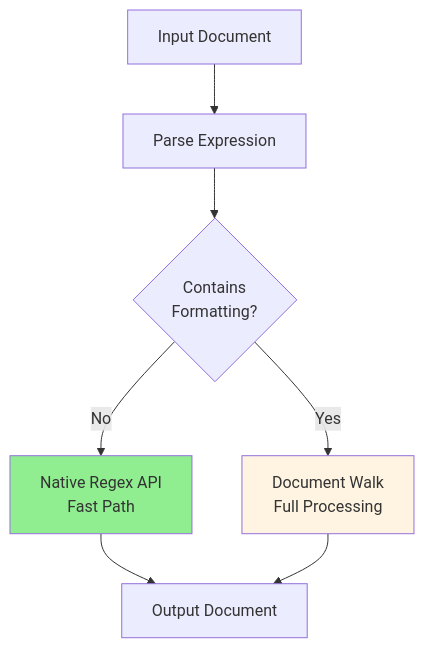
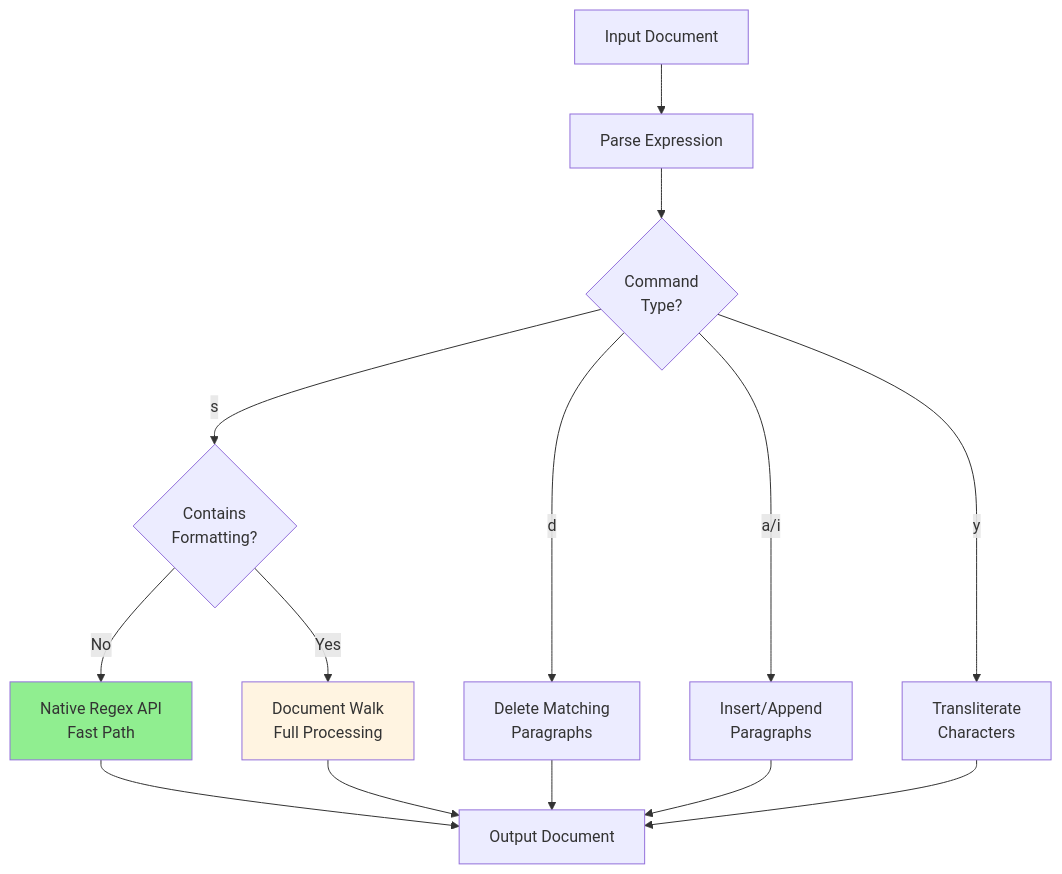
The second of 3 diagrams in README.md (visionik/sedmat), drawn with Mermaid before and after one commit. The commit also changed other lines of this file, not shown here.

````diff
--- a/README.md
+++ b/README.md
@@ -74,12 +82,19 @@
 ```mermaid
 flowchart TB
     INPUT[Input Document] --> PARSE[Parse Expression]
-    PARSE --> HASFORMAT{Contains<br/>Formatting?}
+    PARSE --> CMD{Command<br/>Type?}
+    CMD -->|s| HASFORMAT{Contains<br/>Formatting?}
+    CMD -->|d| DELETE[Delete Matching<br/>Paragraphs]
+    CMD -->|a/i| INSERT[Insert/Append<br/>Paragraphs]
+    CMD -->|y| XLAT[Transliterate<br/>Characters]
     HASFORMAT -->|No| NATIVE[Native Regex API<br/>Fast Path]
     HASFORMAT -->|Yes| WALK[Document Walk<br/>Full Processing]
     NATIVE --> OUTPUT[Output Document]
     WALK --> OUTPUT
+    DELETE --> OUTPUT
+    INSERT --> OUTPUT
+    XLAT --> OUTPUT
     
     style NATIVE fill:#90ee90
     style WALK fill:#fff4e1
 ```
````
